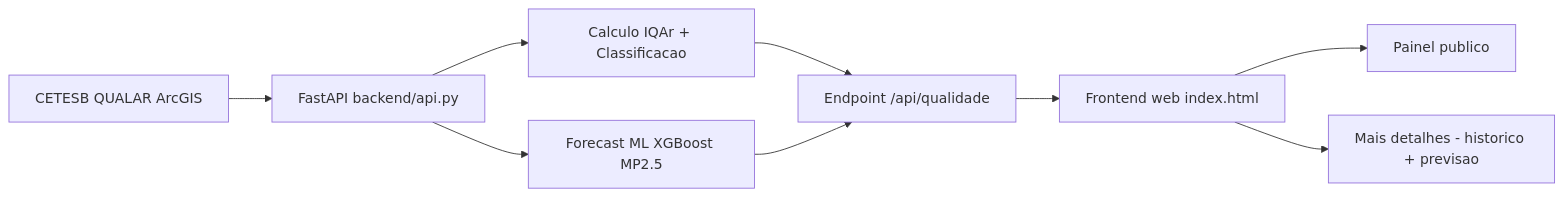
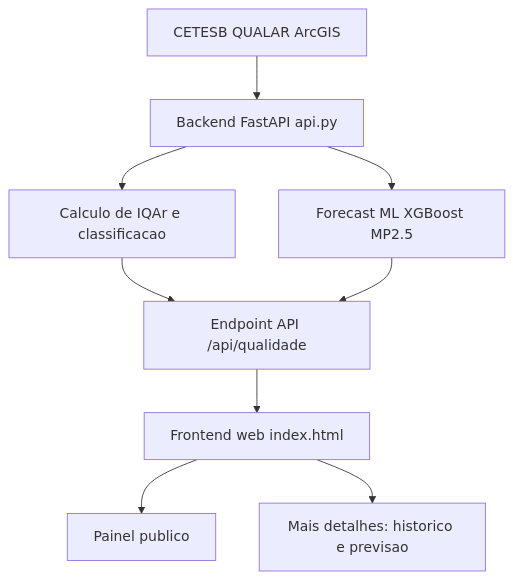
The diagram in README.md (SouVitorGabriel/respiramelhor), drawn with Mermaid before and after one commit. The commit also changed other lines of this file, not shown here.

Commit message:
Adicionados detalhes do readme.md

````diff
--- a/README.md
+++ b/README.md
@@ -66,11 +81,11 @@
 ```mermaid
-flowchart LR
-    A[CETESB QUALAR ArcGIS] --> B[FastAPI backend/api.py]
-    B --> C[Calculo IQAr + Classificacao]
-    B --> D[Forecast ML XGBoost MP2.5]
-    C --> E[Endpoint /api/qualidade]
-    D --> E
-    E --> F[Frontend web index.html]
-    F --> G[Painel publico]
-    F --> H[Mais detalhes - historico + previsao]
+flowchart TD
+  A[CETESB QUALAR ArcGIS] --> B[Backend FastAPI api.py]
+  B --> C[Calculo de IQAr e classificacao]
+  B --> D[Forecast ML XGBoost MP2.5]
+  C --> E[Endpoint API /api/qualidade]
+  D --> E
+  E --> F[Frontend web index.html]
+  F --> G[Painel publico]
+  F --> H[Mais detalhes: historico e previsao]
 ```
````
